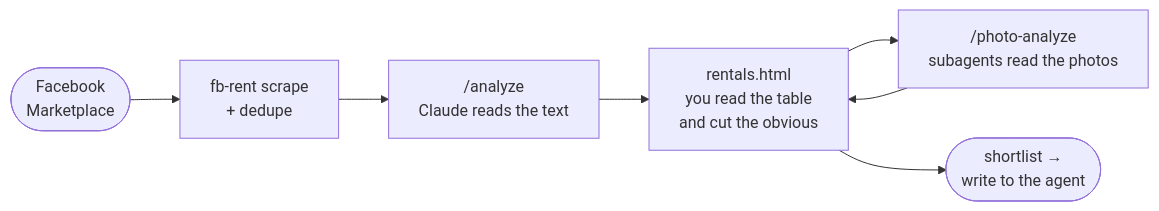
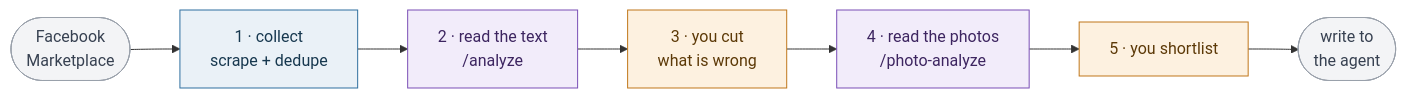
Before and after one commit to bayanovea/ai-rent-assistant: the diagram in docs/diagrams/overview.mmd, drawn with Mermaid. The commit also changed 7 other files, not shown here.

First line of the commit message:
docs: pipeline-flow redrawn as cards, five stages instead of a loop

```diff
--- a/docs/diagrams/overview.mmd
+++ b/docs/diagrams/overview.mmd
@@ -1,7 +1,16 @@
 flowchart LR
-    fb(["Facebook<br/>Marketplace"]) --> s["fb-rent scrape<br/>+ dedupe"]
-    s --> a["/analyze<br/>Claude reads the text"]
-    a --> t["rentals.html<br/>you read the table<br/>and cut the obvious"]
-    t --> p["/photo-analyze<br/>subagents read the photos"]
-    p --> t
-    t --> out(["shortlist →<br/>write to the agent"])
+    fb(["Facebook<br/>Marketplace"]) --> s["1 · collect<br/>scrape + dedupe"]
+    s --> a["2 · read the text<br/>/analyze"]
+    a --> y1["3 · you cut<br/>what is wrong"]
+    y1 --> p["4 · read the photos<br/>/photo-analyze"]
+    p --> y2["5 · you shortlist"]
+    y2 --> out(["write to<br/>the agent"])
+
+    classDef machine fill:#eaf1f7,stroke:#2F6F9F,color:#17384f
+    classDef ai fill:#f2ecfa,stroke:#7A4FB6,color:#3d2560
+    classDef human fill:#fdf1e0,stroke:#C0771B,color:#5c3907
+    classDef edge fill:#f3f4f6,stroke:#9aa1ab,color:#374151
+    class s machine
+    class a,p ai
+    class y1,y2 human
+    class fb,out edge
```
